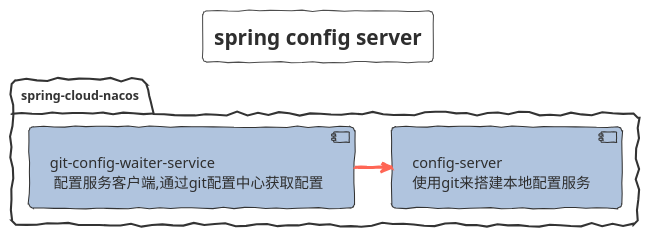
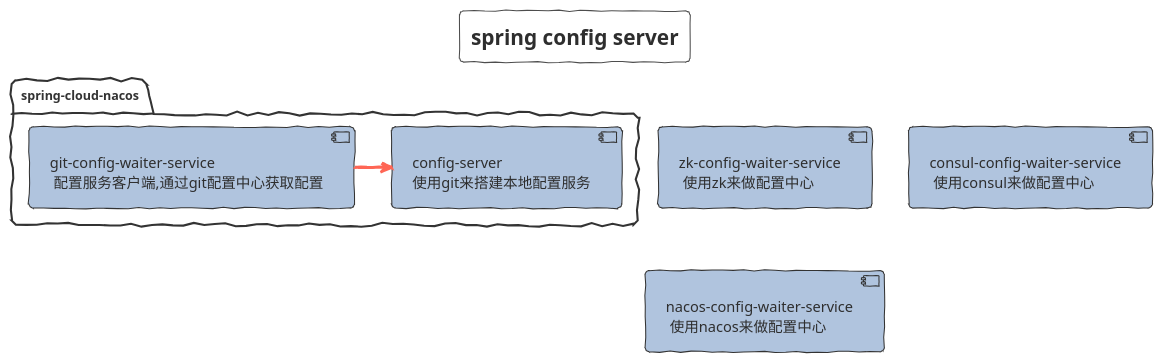
The diagram in spring-config-server/Module.puml (FantasybabyChange/springStudyProject), drawn with PlantUML before and after one commit. The commit also changed 4 other files, not shown here.

```diff
--- a/spring-config-server/Module.puml
+++ b/spring-config-server/Module.puml
@@ -1,27 +1,40 @@
 @startuml SPRING_CONFIG_SERVER
 !theme sketchy-outline
 title spring config server
 skinparam interface {
 }
 skinparam component {
    backgroundColor LightSteelBlue
    FontSize 14
    ArrowFontSize 14
    ArrowFontColor #777777
    ArrowColor #FF6655
 }
 
 package "spring-cloud-nacos"{
    component   cs[
    config-server
    使用git来搭建本地配置服务
    ]
    component gcws[
    git-config-waiter-service
     配置服务客户端,通过git配置中心获取配置
    ]
    gcws -> cs
 }
 
+component zcws[
+   zk-config-waiter-service
+    使用zk来做配置中心
+   ]
+component ccws[
+   consul-config-waiter-service
+    使用consul来做配置中心
+   ]
+
+component ncws[
+   nacos-config-waiter-service
+    使用nacos来做配置中心
+   ]
 
 @enduml
```
